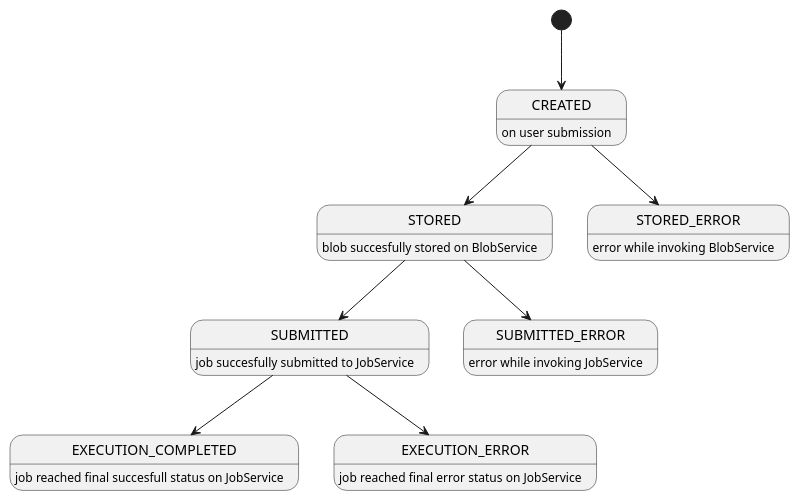
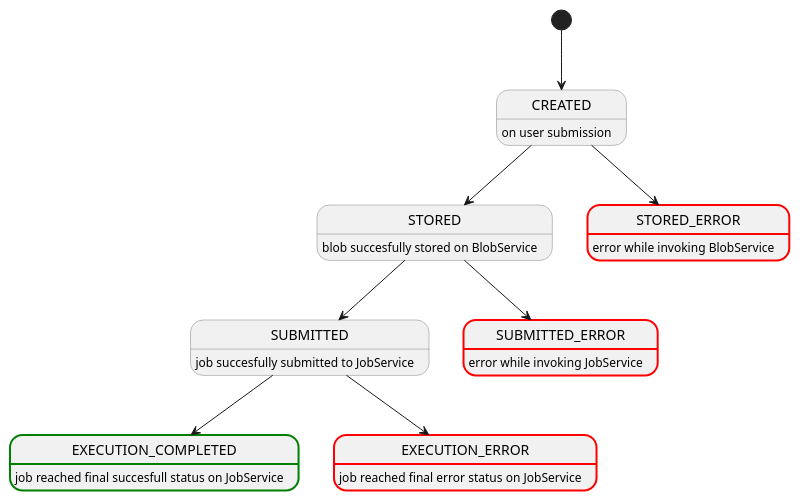
Before and after one commit to enricodangelo/ptc_test: the diagram in diagrams/jobStatus_state_diagram.puml, drawn with PlantUML. The commit also changed 2 other files, not shown here.

Commit message:
changes in documentation (better test name, state graph)

```diff
--- a/diagrams/jobStatus_state_diagram.puml
+++ b/diagrams/jobStatus_state_diagram.puml
@@ -1,20 +1,28 @@
 @startuml
 
 CREATED : on user submission
 STORED: blob succesfully stored on BlobService
 STORED_ERROR: error while invoking BlobService
 SUBMITTED: job succesfully submitted to JobService
 SUBMITTED_ERROR: error while invoking JobService
 EXECUTION_COMPLETED: job reached final succesfull status on JobService
 EXECUTION_ERROR: job reached final error status on JobService
+
+state CREATED #line:grey
+state STORED #line:grey
+state SUBMITTED #line:grey
+state STORED_ERROR #line.bold;line:red
+state SUBMITTED_ERROR #line.bold;line:red
+state EXECUTION_ERROR #line.bold;line:red
+state EXECUTION_COMPLETED #line.bold;line:green
 
 [*] --> CREATED
 CREATED --> STORED
 CREATED --> STORED_ERROR
 
 STORED --> SUBMITTED
 STORED --> SUBMITTED_ERROR
 
 SUBMITTED --> EXECUTION_COMPLETED
 SUBMITTED --> EXECUTION_ERROR
 @enduml
```
